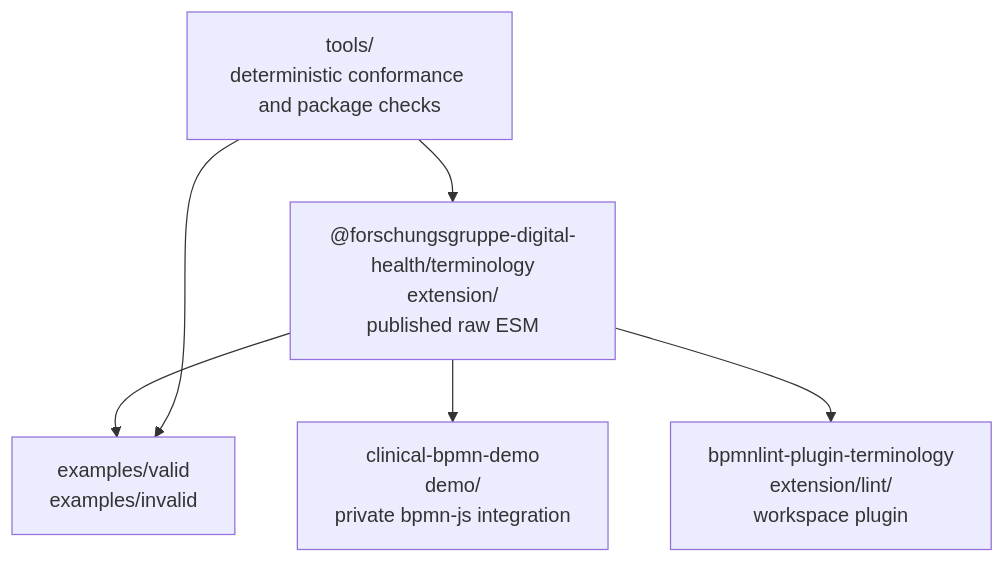
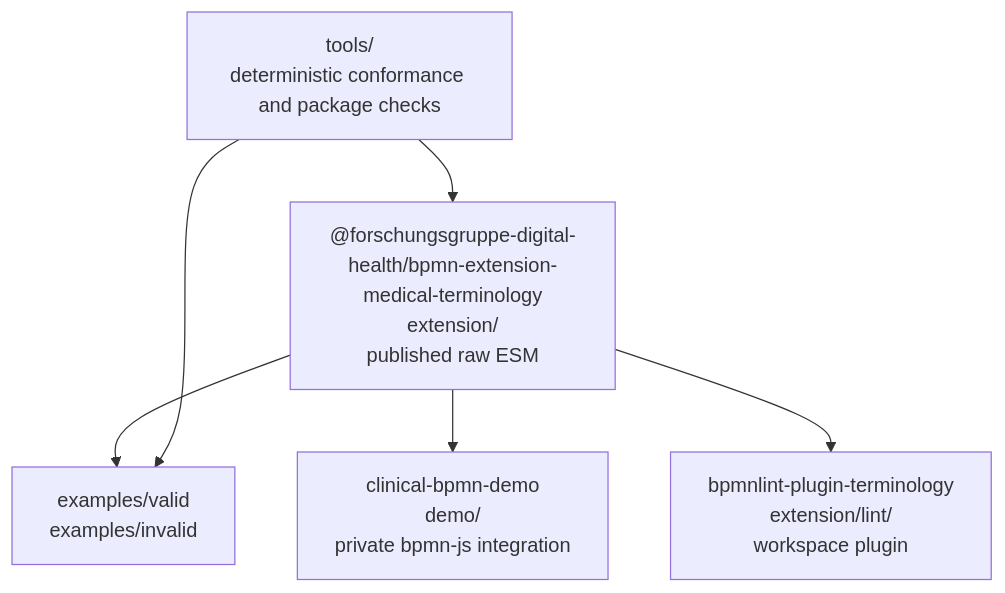
The first of 2 diagrams in docs/arc42/05_building_block_view.md (forschungsgruppe-digital-health/bpmn-extension-medical-terminology), drawn with Mermaid before and after one commit. The commit also changed 41 other files, not shown here.

First line of the commit message:
feat(terminology)!: publish renamed extension package

````diff
--- a/docs/arc42/05_building_block_view.md
+++ b/docs/arc42/05_building_block_view.md
@@ -8,13 +8,13 @@
 ```mermaid
 graph TB
-    EXT["@forschungsgruppe-digital-health/terminology<br/>extension/<br/>published raw ESM"]
+    EXT["@forschungsgruppe-digital-health/bpmn-extension-medical-terminology<br/>extension/<br/>published raw ESM"]
     DEMO["clinical-bpmn-demo<br/>demo/<br/>private bpmn-js integration"]
     LINT["bpmnlint-plugin-terminology<br/>extension/lint/<br/>workspace plugin"]
     FIX["examples/valid<br/>examples/invalid"]
     TOOLS["tools/<br/>deterministic conformance and package checks"]
     EXT --> DEMO
     EXT --> LINT
     EXT --> FIX
     TOOLS --> FIX
     TOOLS --> EXT
 ```
````
